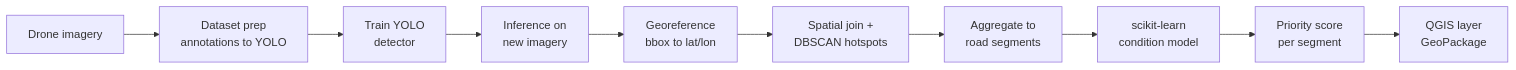
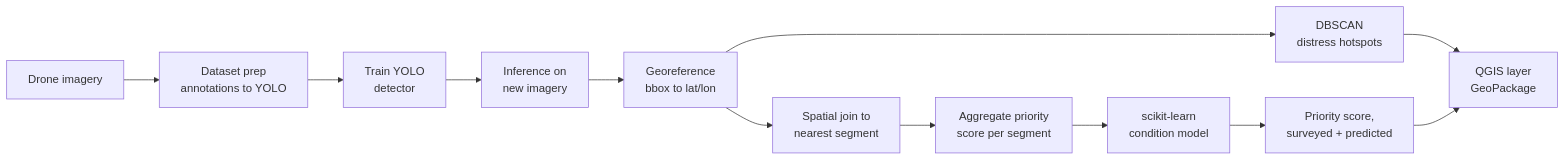
One commit to akrambouznad789-cyber/pavement-distress-drone changed the diagram in README.md. Above: the diagram before and after it, drawn with Mermaid. The commit also changed other lines of this file and 18 other files, not shown here.

First line of the commit message:
Finish end-to-end pipeline: real DBSCAN hotspots, real OSM street geometry, full README rewrite

````diff
--- a/README.md
+++ b/README.md
@@ -42,12 +47,14 @@
 ```mermaid
 flowchart LR
     A[Drone imagery] --> B[Dataset prep<br/>annotations to YOLO]
     B --> C[Train YOLO<br/>detector]
     C --> D[Inference on<br/>new imagery]
     D --> E[Georeference<br/>bbox to lat/lon]
-    E --> F[Spatial join +<br/>DBSCAN hotspots]
-    F --> G[Aggregate to<br/>road segments]
-    G --> H[scikit-learn<br/>condition model]
-    H --> I[Priority score<br/>per segment]
-    I --> J[QGIS layer<br/>GeoPackage]
+    E --> F[DBSCAN<br/>distress hotspots]
+    E --> G[Spatial join to<br/>nearest segment]
+    G --> H[Aggregate priority<br/>score per segment]
+    H --> I[scikit-learn<br/>condition model]
+    I --> J[Priority score,<br/>surveyed + predicted]
+    F --> K[QGIS layer<br/>GeoPackage]
+    J --> K
 ```
````
